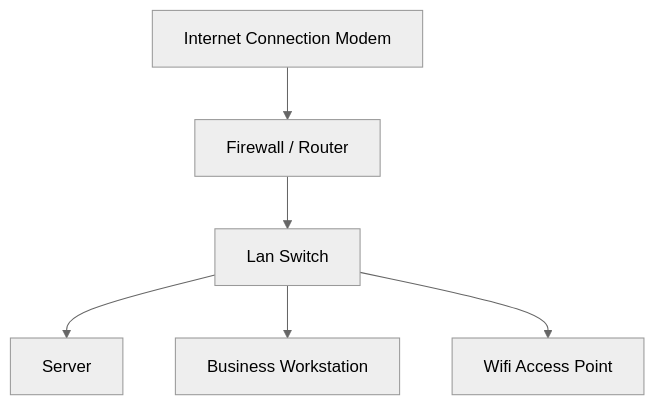
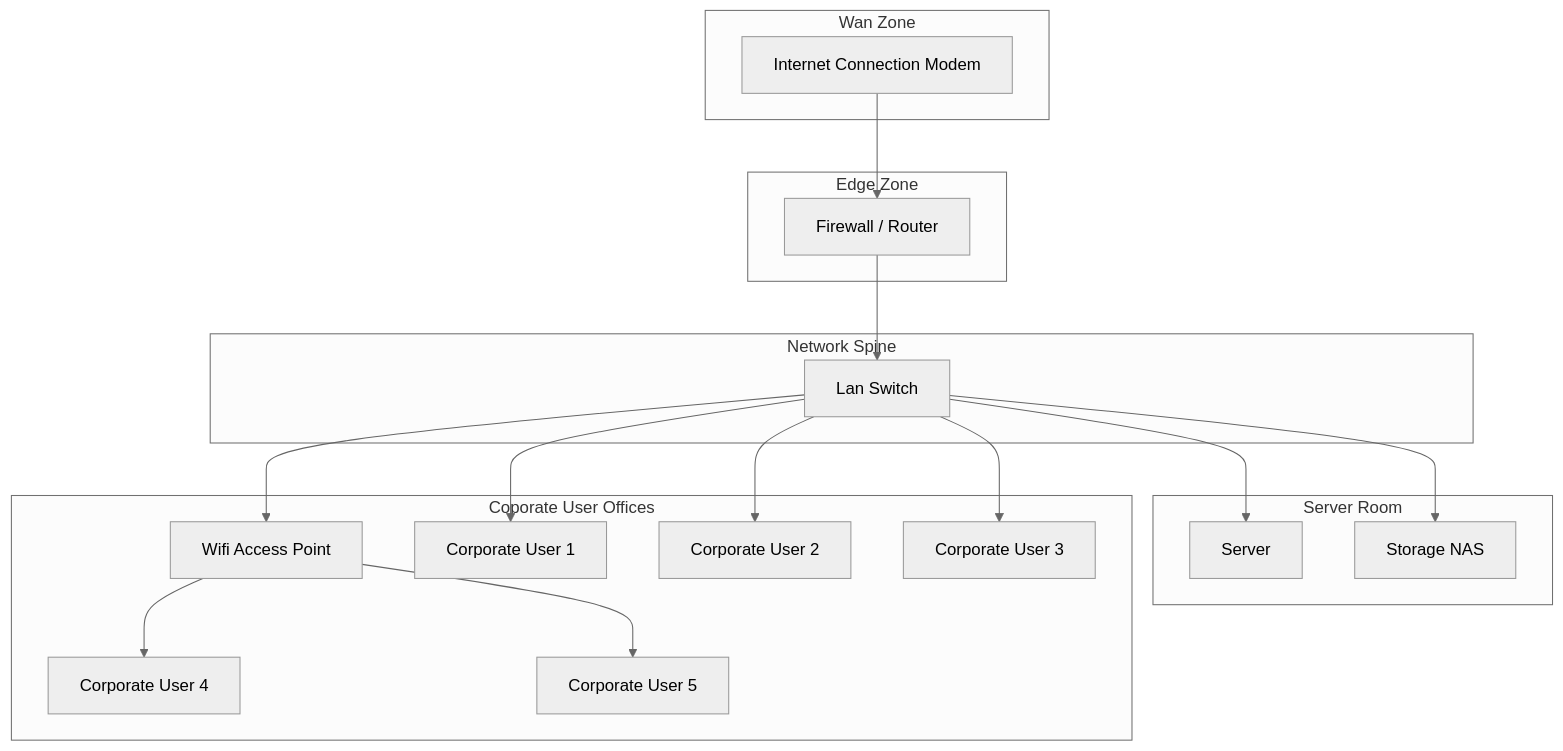
The first of 2 diagrams in opendocs/docs/sysadmin-guides/greenfield-environment/physical-network-design.md (RootwireLtd/OpenDocs), drawn with Mermaid (neutral theme) before and after one commit. The commit also changed other lines of this file, not shown here.

Commit message:
Add detail to baseic diagram, rename zones in HA diagram

````diff
--- a/opendocs/docs/sysadmin-guides/greenfield-environment/physical-network-design.md
+++ b/opendocs/docs/sysadmin-guides/greenfield-environment/physical-network-design.md
@@ -13,17 +13,45 @@
 ```mermaid
 
 graph TD
 
-WAN[Internet Connection Modem]
-Firewall[Firewall / Router]
-LanSwitch[Lan Switch]
-Server[Server]
-EndUserCompute[Business Workstation]
-WifiAP[Wifi Access Point]
+subgraph WAN[Wan Zone]
+    WAN1[Internet Connection Modem]
+end
 
-WAN --> Firewall
+subgraph Edge[Edge Zone]
+    Firewall[Firewall / Router]
+end
+
+WAN1 --> Firewall
+
+subgraph Spine[Network Spine]
+    LanSwitch[Lan Switch]
+end
+
+subgraph ServerZone[Server Room]
+    Server[Server]
+    Storage[Storage NAS]
+end
+
+subgraph EUCZone[Coporate User Offices]
+    WiFiAP[Wifi Access Point]
+    EUC1[Corporate User 1]
+    EUC2[Corporate User 2]
+    EUC3[Corporate User 3]
+    EUC4[Corporate User 4]
+    EUC5[Corporate User 5]
+end    
+
+LanSwitch --> Server
+LanSwitch --> Storage
+LanSwitch --> EUC1
+LanSwitch --> EUC2
+LanSwitch --> EUC3
+LanSwitch --> WiFiAP
+WiFiAP --> EUC4
+WiFiAP --> EUC5
+
+
 Firewall --> LanSwitch
-LanSwitch --> Server
-LanSwitch --> EndUserCompute
-LanSwitch --> WifiAP
+
 ```
````
